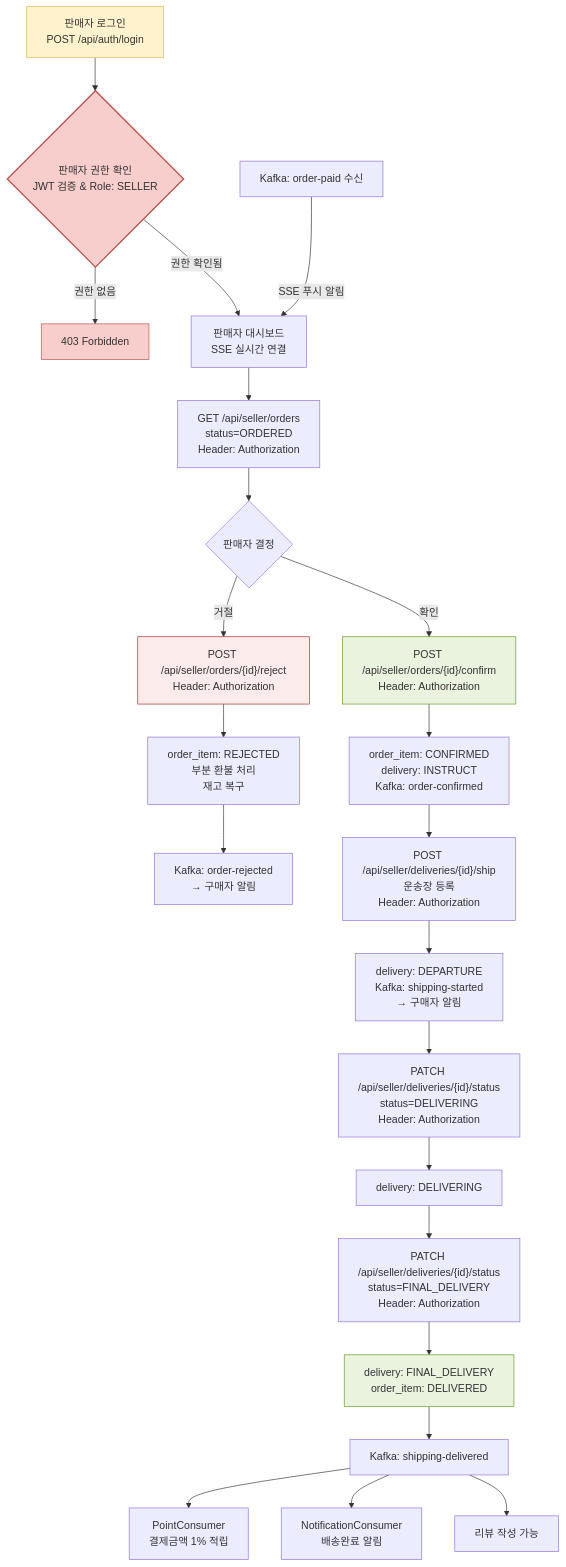
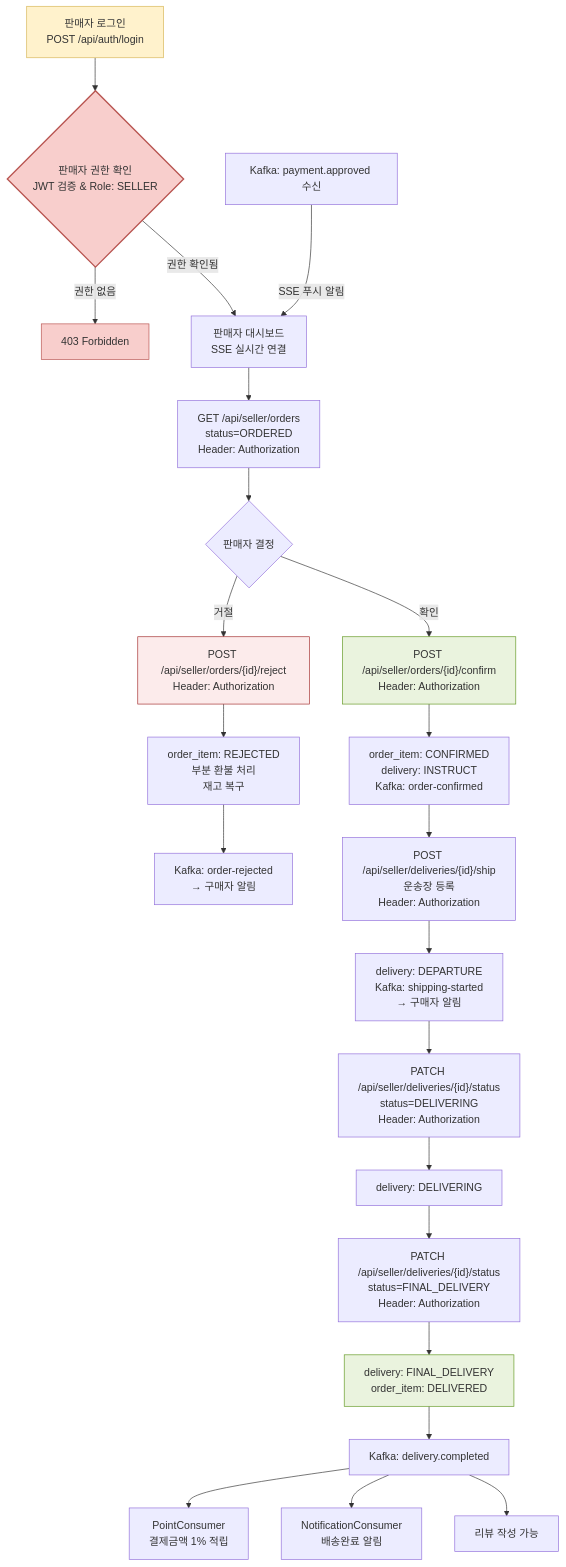
The third of 21 diagrams in documents/business-flow/BusinessFlow.md (one-stop-project/one-stop-project-docs), drawn with Mermaid before and after one commit. The commit also changed other lines of this file and 6 other files, not shown here.

Commit message:
공통 문서(엔티티 관계도·에러코드·플로우·시퀀스) 코드 정합화 및 에러코드 레퍼런스 신설

````diff
--- a/documents/business-flow/BusinessFlow.md
+++ b/documents/business-flow/BusinessFlow.md
@@ -189,46 +189,46 @@
 ```Mermaid
 flowchart TD
     %% 인증/인가 영역
     Login["판매자 로그인<br/>POST /api/auth/login"] --> Auth_Seller{"판매자 권한 확인<br/>JWT 검증 & Role: SELLER"}
     Auth_Seller -->|권한 없음| 403["403 Forbidden"]
     Auth_Seller -->|권한 확인됨| Dashboard["판매자 대시보드<br/>SSE 실시간 연결"]
 
     %% 비동기 주문 알림 수신
-    A["Kafka: order-paid 수신"] -->|SSE 푸시 알림| Dashboard
+    A["Kafka: payment.approved 수신"] -->|SSE 푸시 알림| Dashboard
 
     %% 주문 확인 및 처리 (인가된 요청)
     Dashboard --> C["GET /api/seller/orders<br/>status=ORDERED<br/>Header: Authorization"]
 
     C --> D{판매자 결정}
 
     D -->|확인| E["POST /api/seller/orders/{id}/confirm<br/>Header: Authorization"]
     D -->|거절| F["POST /api/seller/orders/{id}/reject<br/>Header: Authorization"]
 
     E --> G["order_item: CONFIRMED<br/>delivery: INSTRUCT<br/>Kafka: order-confirmed"]
 
     F --> H["order_item: REJECTED<br/>부분 환불 처리<br/>재고 복구"]
     H --> H1["Kafka: order-rejected<br/>→ 구매자 알림"]
 
     G --> I["POST /api/seller/deliveries/{id}/ship<br/>운송장 등록<br/>Header: Authorization"]
     I --> J["delivery: DEPARTURE<br/>Kafka: shipping-started<br/>→ 구매자 알림"]
 
     J --> K["PATCH /api/seller/deliveries/{id}/status<br/>status=DELIVERING<br/>Header: Authorization"]
     K --> L["delivery: DELIVERING"]
 
     L --> M["PATCH /api/seller/deliveries/{id}/status<br/>status=FINAL_DELIVERY<br/>Header: Authorization"]
     M --> N["delivery: FINAL_DELIVERY<br/>order_item: DELIVERED"]
 
-    N --> O["Kafka: shipping-delivered"]
+    N --> O["Kafka: delivery.completed"]
     O --> P["PointConsumer<br/>결제금액 1% 적립"]
     O --> Q["NotificationConsumer<br/>배송완료 알림"]
     O --> R["리뷰 작성 가능"]
 
     %% 스타일링
     style E fill:#EAF3DE,stroke:#639922
     style F fill:#FCEBEB,stroke:#A32D2D
     style N fill:#EAF3DE,stroke:#639922
     style Auth_Seller fill:#F8CECC,stroke:#B85450,stroke-width:2px
     style 403 fill:#F8CECC,stroke:#B85450
     style Login fill:#FFF2CC,stroke:#D6B656
 
 ```
````
